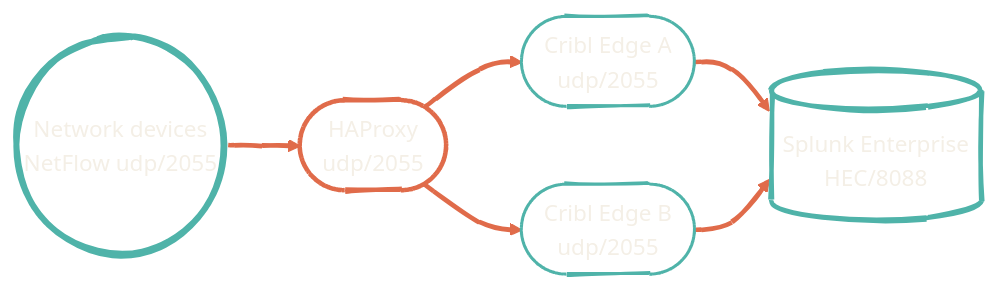
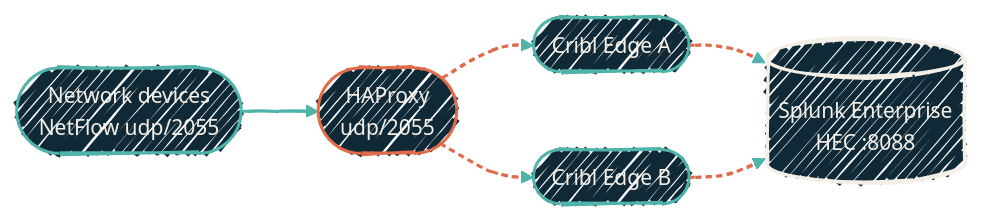
Before and after one commit to dryvist/docs: the second of 2 diagrams in architecture/data-pipelines.mdx, drawn with Mermaid. The commit also changed other lines of this file and 45 other files, not shown here.

````diff
--- a/architecture/data-pipelines.mdx
+++ b/architecture/data-pipelines.mdx
@@ -38,17 +50,24 @@
 ```mermaid
-%%{init: {'theme':'base','look':'handDrawn','themeVariables':{'primaryColor':'#4FB3A9','primaryTextColor':'#F4EFE6','primaryBorderColor':'#2F7E78','lineColor':'#E06B4A','secondaryColor':'#102937','tertiaryColor':'#0B1D2A','clusterBkg':'transparent','clusterBorder':'#4FB3A9','fontFamily':'Geist','fontSize':'15px'}}}%%
+%%{init: {'theme':'base','look':'handDrawn','themeVariables':{'fontFamily':'Geist','fontSize':'14px','primaryColor':'#102937','primaryTextColor':'#F4EFE6','primaryBorderColor':'#4FB3A9','lineColor':'#4FB3A9','secondaryColor':'#0B1D2A','tertiaryColor':'#1A2A38','clusterBkg':'rgba(79,179,169,0.08)','clusterBorder':'#4FB3A9'}}}%%
 flowchart LR
-  Net(("Network devices<br/>NetFlow udp/2055")) --> HA(["HAProxy<br/>udp/2055"])
-  HA --> EA(["Cribl Edge A<br/>udp/2055"])
-  HA --> EB(["Cribl Edge B<br/>udp/2055"])
-  EA --> Splunk[("Splunk Enterprise<br/>HEC/8088")]
-  EB --> Splunk
+  Net([Network devices<br/>NetFlow udp/2055])
+  HA([HAProxy<br/>udp/2055])
+  EA([Cribl Edge A])
+  EB([Cribl Edge B])
+  SP[(Splunk Enterprise<br/>HEC :8088)]
 
-  style Net fill:transparent,stroke:#4FB3A9,stroke-width:4px,color:#F4EFE6
-  style HA fill:transparent,stroke:#E06B4A,stroke-width:3px,color:#F4EFE6
-  style EA fill:transparent,stroke:#4FB3A9,stroke-width:2px,color:#F4EFE6
-  style EB fill:transparent,stroke:#4FB3A9,stroke-width:2px,color:#F4EFE6
-  style Splunk fill:transparent,stroke:#4FB3A9,stroke-width:3px,color:#F4EFE6
+  Net --> HA
+  HA --> EA --> SP
+  HA --> EB --> SP
 
-  linkStyle default stroke:#E06B4A,stroke-width:3px
+  classDef edge fill:#102937,stroke:#4FB3A9,stroke-width:2px,color:#F4EFE6;
+  classDef proxy fill:#102937,stroke:#E06B4A,stroke-width:2px,color:#F4EFE6;
+  classDef store fill:#102937,stroke:#F4EFE6,stroke-width:2px,color:#F4EFE6;
+
+  class Net,EA,EB edge
+  class HA proxy
+  class SP store
+
+  linkStyle 0 stroke:#4FB3A9,stroke-width:2px;
+  linkStyle 1,2,3,4 stroke:#E06B4A,stroke-width:2px,stroke-dasharray:4 3;
 ```
````
